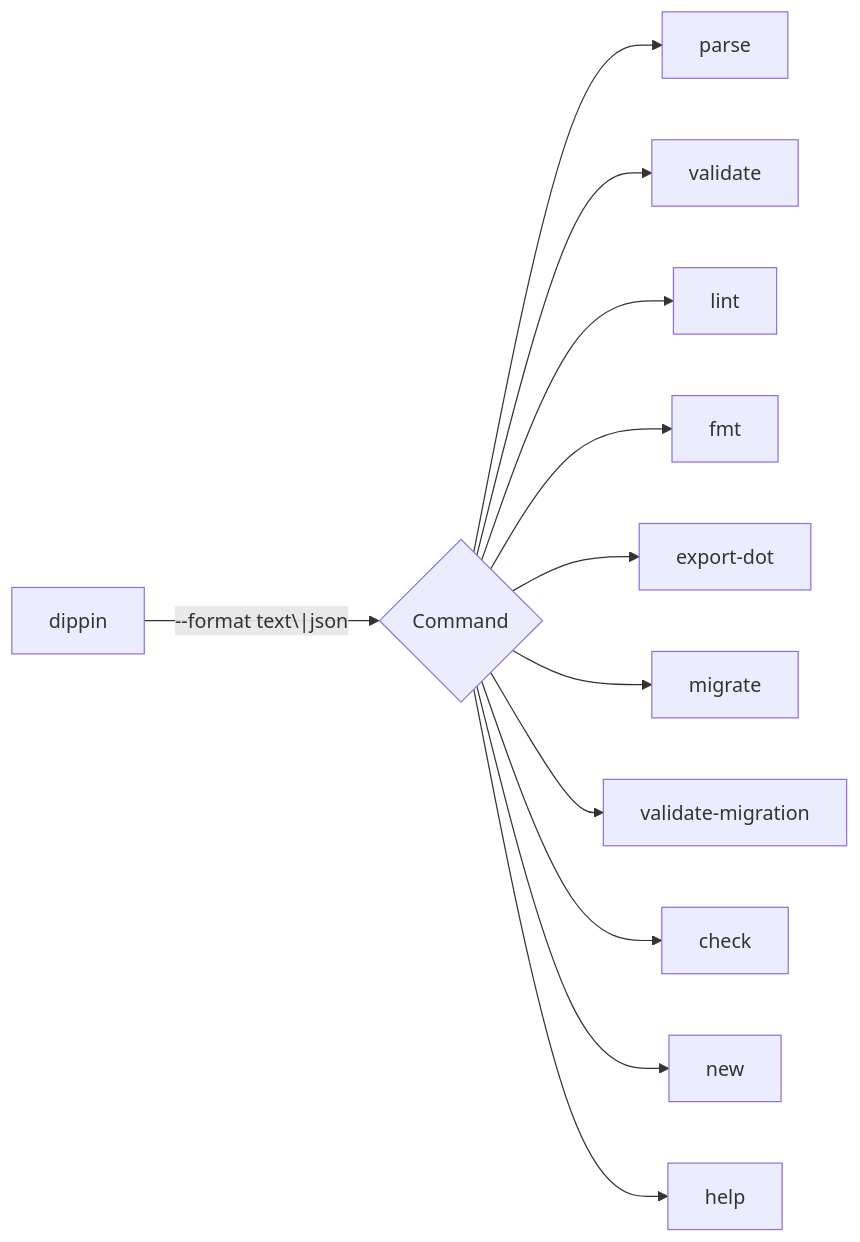
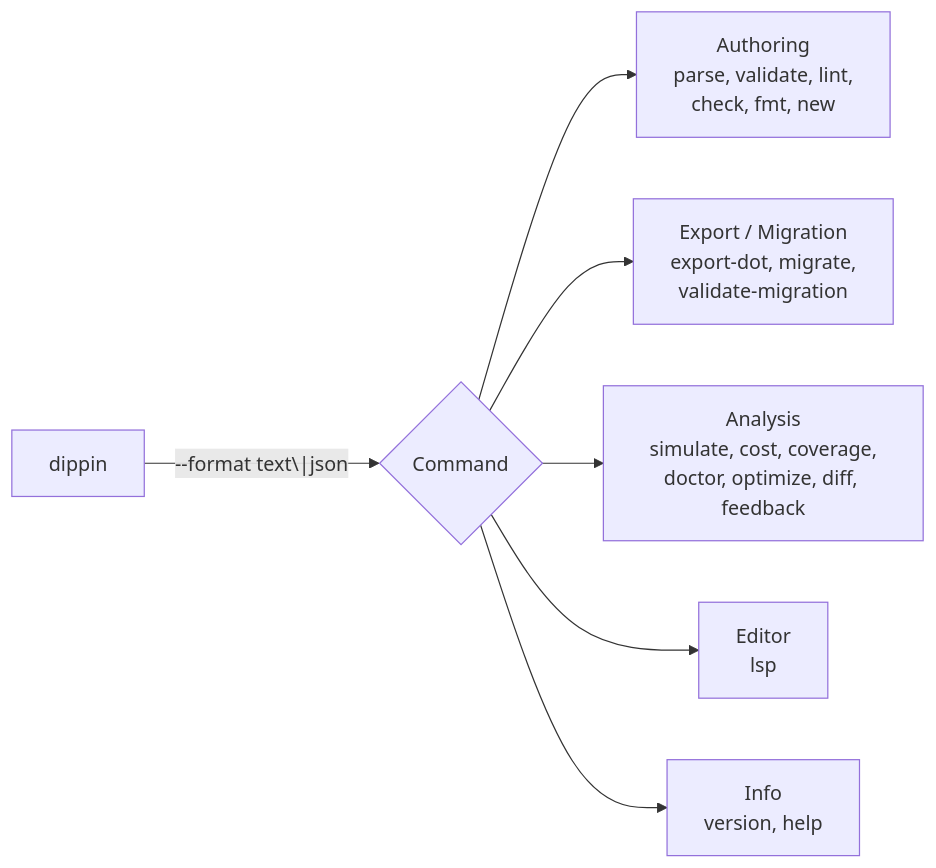
The diagram in docs/cli.md (michellepellon/dippin-lang), drawn with Mermaid before and after one commit. The commit also changed other lines of this file and 9 other files, not shown here.

````diff
--- a/docs/cli.md
+++ b/docs/cli.md
@@ -19,14 +19,9 @@
 ```mermaid
 graph LR
     CLI["dippin"] --> |"--format text\|json"| CMD{Command}
-    CMD --> parse
-    CMD --> validate
-    CMD --> lint
-    CMD --> fmt
-    CMD --> export-dot
-    CMD --> migrate
-    CMD --> validate-migration
-    CMD --> check
-    CMD --> new
-    CMD --> help
+    CMD --> A["Authoring<br>parse, validate, lint,<br>check, fmt, new"]
+    CMD --> B["Export / Migration<br>export-dot, migrate,<br>validate-migration"]
+    CMD --> C["Analysis<br>simulate, cost, coverage,<br>doctor, optimize, diff, feedback"]
+    CMD --> D["Editor<br>lsp"]
+    CMD --> E["Info<br>version, help"]
 ```
````
